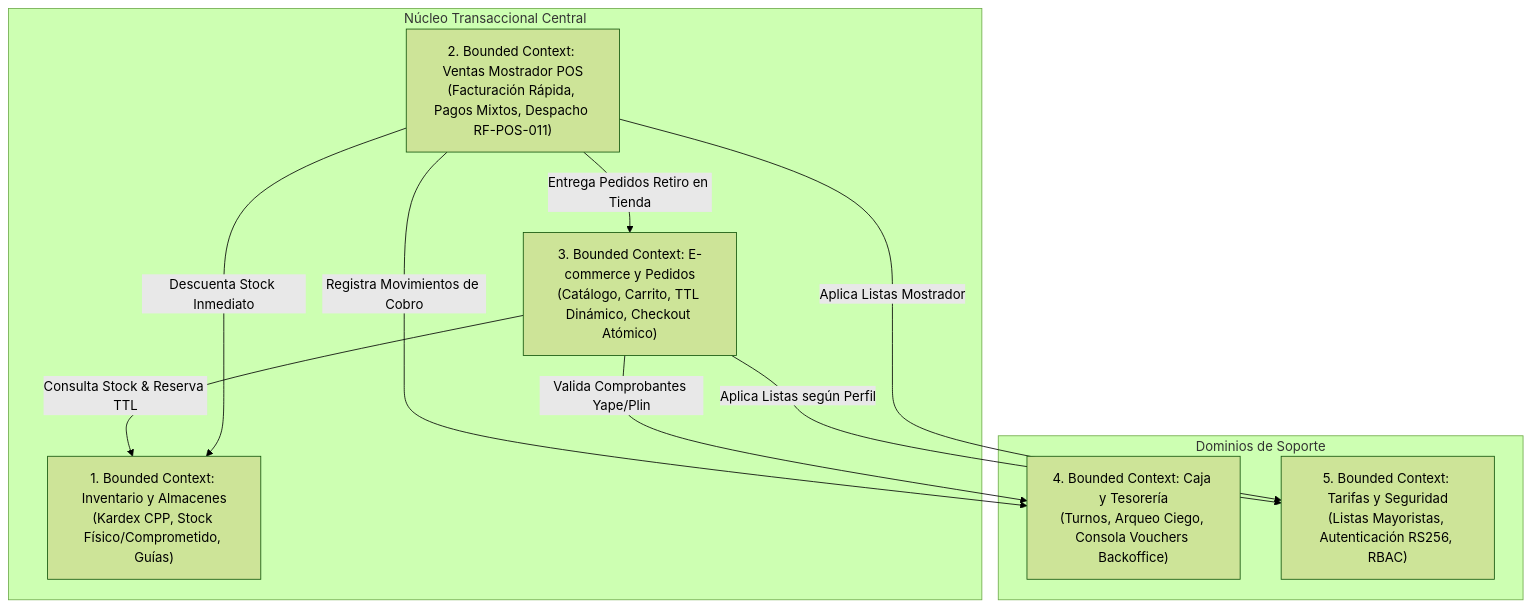
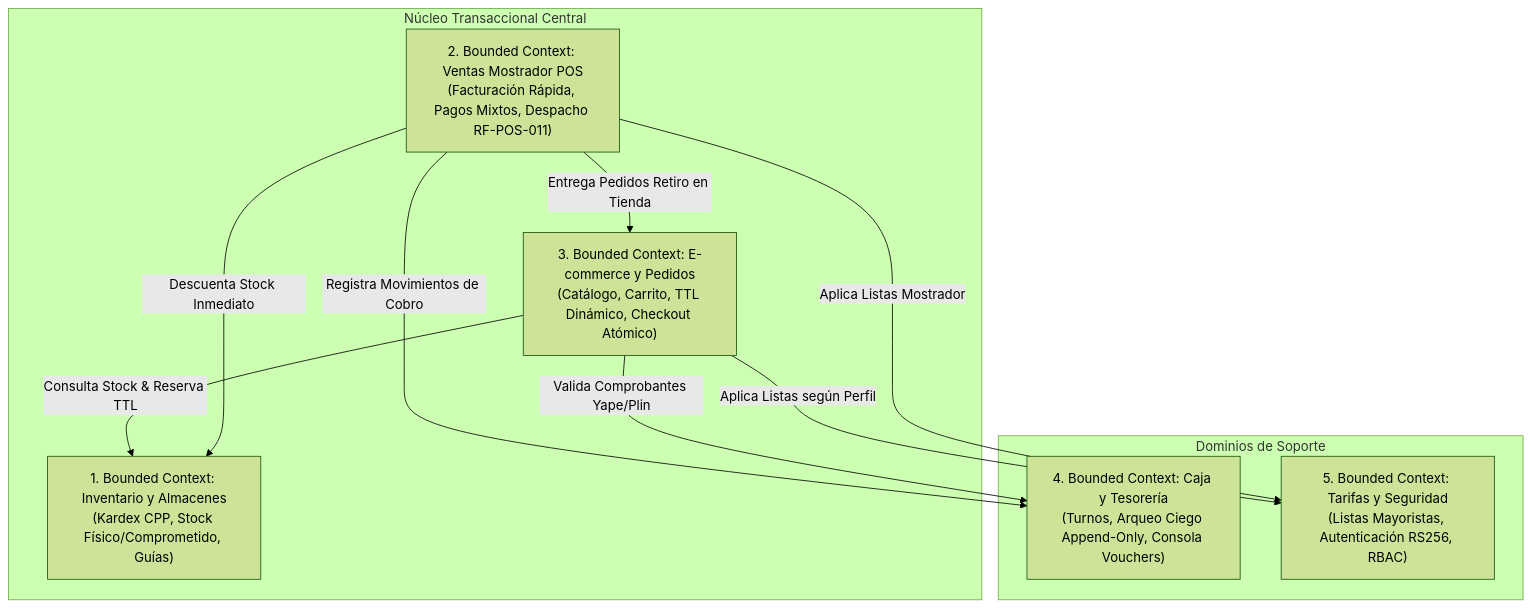
The first of 2 diagrams in 03-diseno-de-software/diseno-interno-modulos/diseno-interno-de-modulos.md (Crhisxp/SIGIC-arquitSoft-proyecto-final), drawn with Mermaid (forest theme) before and after one commit. The commit also changed other lines of this file and 53 other files, not shown here.

````diff
--- a/03-diseno-de-software/diseno-interno-modulos/diseno-interno-de-modulos.md
+++ b/03-diseno-de-software/diseno-interno-modulos/diseno-interno-de-modulos.md
@@ -14,21 +27,21 @@
 ```mermaid
 flowchart TD
     subgraph CoreDomain ["Núcleo Transaccional Central"]
         CTX_INV["1. Bounded Context: Inventario y Almacenes\n(Kardex CPP, Stock Físico/Comprometido, Guías)"]
         CTX_POS["2. Bounded Context: Ventas Mostrador POS\n(Facturación Rápida, Pagos Mixtos, Despacho RF-POS-011)"]
         CTX_WEB["3. Bounded Context: E-commerce y Pedidos\n(Catálogo, Carrito, TTL Dinámico, Checkout Atómico)"]
     end
 
     subgraph SupportingDomain ["Dominios de Soporte"]
-        CTX_CAJ["4. Bounded Context: Caja y Tesorería\n(Turnos, Arqueo Ciego, Consola Vouchers Backoffice)"]
+        CTX_CAJ["4. Bounded Context: Caja y Tesorería\n(Turnos, Arqueo Ciego Append-Only, Consola Vouchers)"]
         CTX_PRE_SEC["5. Bounded Context: Tarifas y Seguridad\n(Listas Mayoristas, Autenticación RS256, RBAC)"]
     end
 
     CTX_WEB -->|Consulta Stock & Reserva TTL| CTX_INV
     CTX_POS -->|Descuenta Stock Inmediato| CTX_INV
     CTX_POS -->|Registra Movimientos de Cobro| CTX_CAJ
     CTX_WEB -->|Valida Comprobantes Yape/Plin| CTX_CAJ
     CTX_WEB -->|Aplica Listas según Perfil| CTX_PRE_SEC
     CTX_POS -->|Aplica Listas Mostrador| CTX_PRE_SEC
     CTX_POS -->|Entrega Pedidos Retiro en Tienda| CTX_WEB
 ```
````
